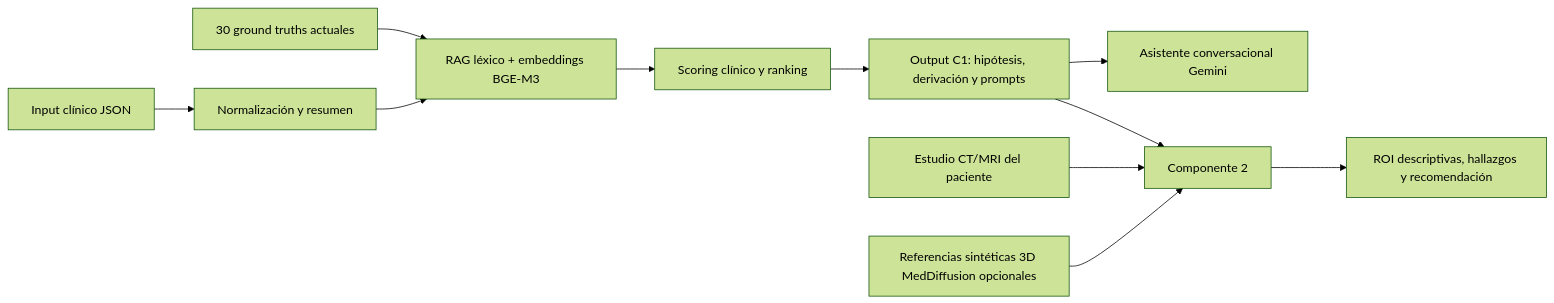
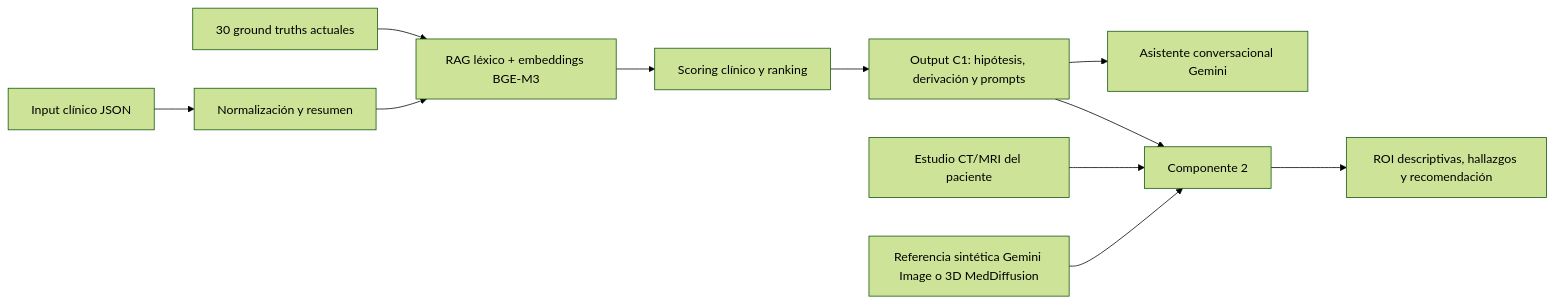
The diagram in TP-Final/README.md (MatiasMogetta/ia-biomed-Mati), drawn with Mermaid (forest theme) before and after one commit. The commit also changed other lines of this file and 10 other files, not shown here.

````diff
--- a/TP-Final/README.md
+++ b/TP-Final/README.md
@@ -24,13 +24,13 @@
 ```mermaid
 flowchart LR
     A["Input clínico JSON"] --> B["Normalización y resumen"]
     G["30 ground truths actuales"] --> C["RAG léxico + embeddings BGE-M3"]
     B --> C
     C --> D["Scoring clínico y ranking"]
     D --> E["Output C1: hipótesis, derivación y prompts"]
     E --> F["Asistente conversacional Gemini"]
     E --> H["Componente 2"]
     I["Estudio CT/MRI del paciente"] --> H
-    J["Referencias sintéticas 3D MedDiffusion opcionales"] --> H
+    J["Referencia sintética Gemini Image o 3D MedDiffusion"] --> H
     H --> K["ROI descriptivas, hallazgos y recomendación"]
 ```
````
